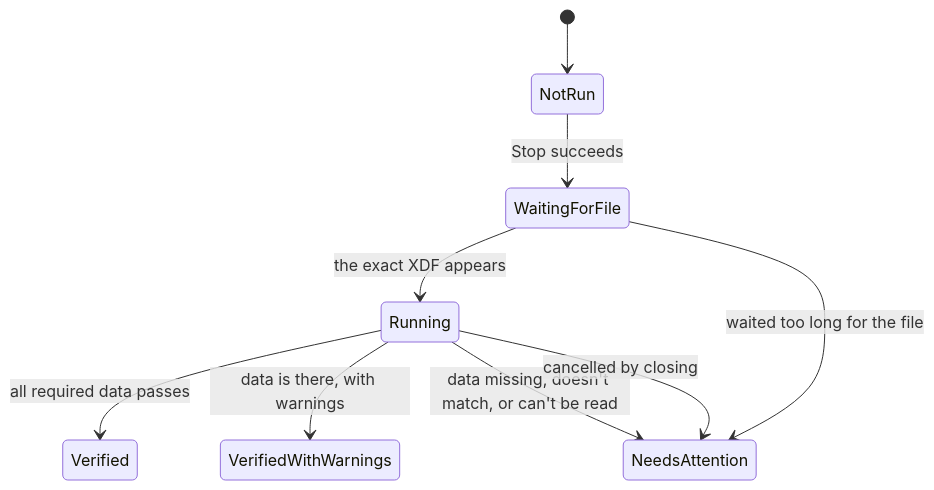
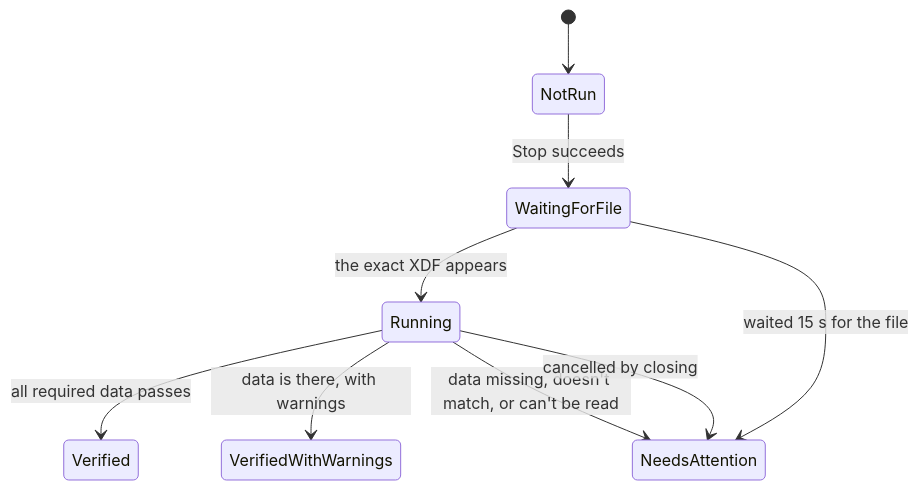
Diagram 11 of 13 in docs/runtime-state-machines.md (attackofthetitan/vicon-lsl-sync), drawn with Mermaid before and after one commit. The commit also changed other lines of this file and 10 other files, not shown here.

````diff
--- a/docs/runtime-state-machines.md
+++ b/docs/runtime-state-machines.md
@@ -569,11 +381,11 @@
 ```mermaid
 stateDiagram-v2
     [*] --> NotRun
     NotRun --> WaitingForFile: Stop succeeds
     WaitingForFile --> Running: the exact XDF appears
-    WaitingForFile --> NeedsAttention: waited too long for the file
+    WaitingForFile --> NeedsAttention: waited 15 s for the file
     Running --> Verified: all required data passes
     Running --> VerifiedWithWarnings: data is there, with warnings
     Running --> NeedsAttention: data missing, doesn't match, or can't be read
     Running --> NeedsAttention: cancelled by closing
 ```
````
